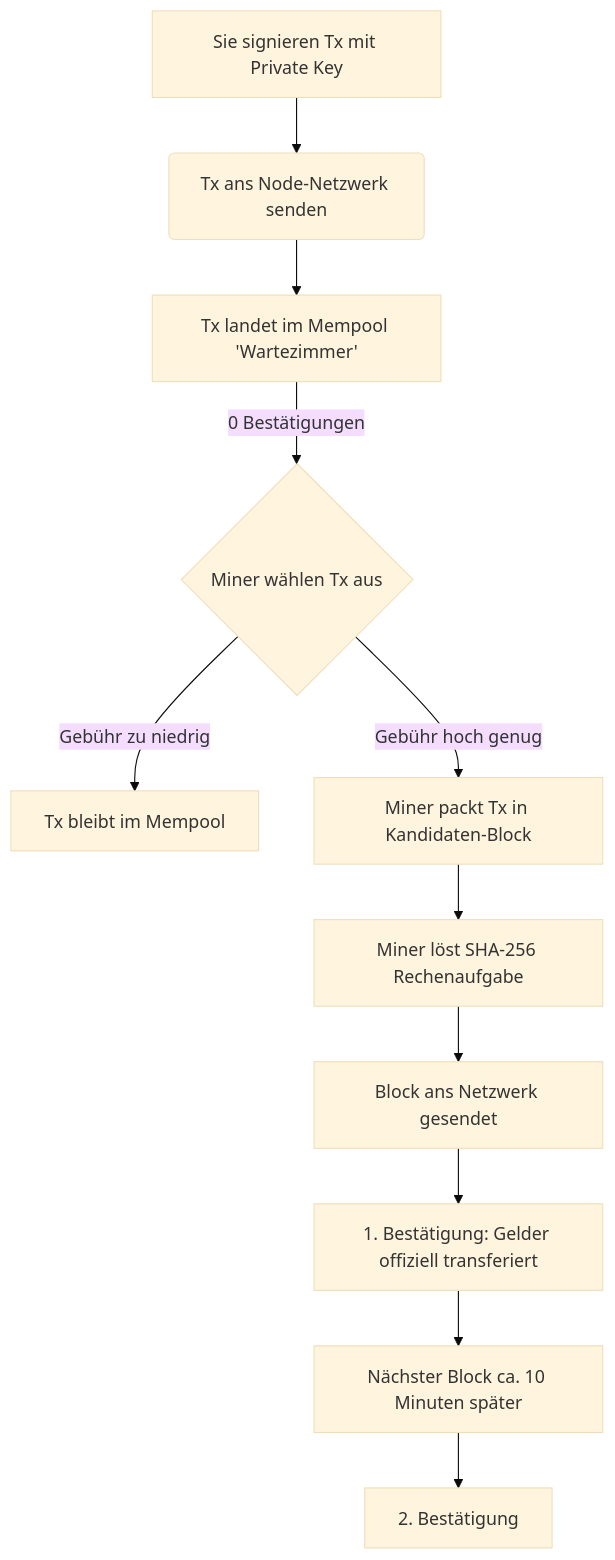
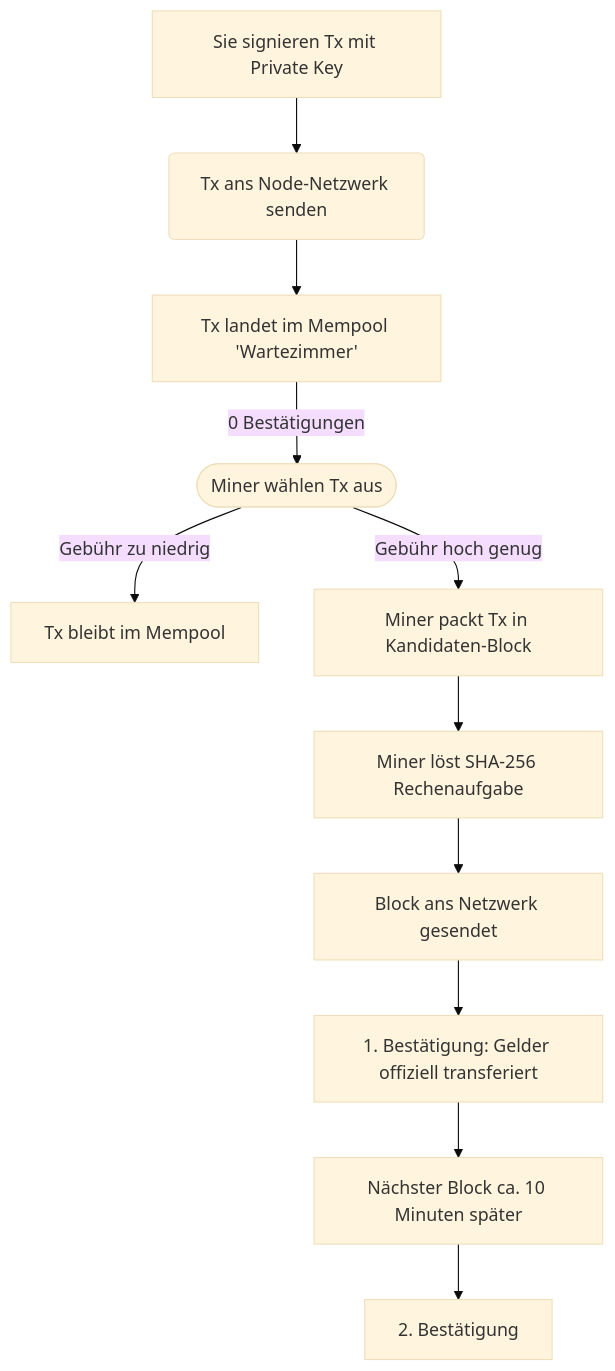
The diagram in src/content/blog/de/bitcoin-bestaetigungen.mdx (annabraun015-stack/krypto-watch), drawn with Mermaid (base theme) before and after one commit. The commit also changed other lines of this file and 53 other files, not shown here.

```diff
--- a/src/content/blog/de/bitcoin-bestaetigungen.mdx
+++ b/src/content/blog/de/bitcoin-bestaetigungen.mdx
@@ -67,13 +67,13 @@
 <div class="mermaid">
 graph TD
     A[Sie signieren Tx mit Private Key] --> B(Tx ans Node-Netzwerk senden)
     B --> C[Tx landet im Mempool 'Wartezimmer']
-    C --> |0 Bestätigungen| D{Miner wählen Tx aus}
+    C --> |0 Bestätigungen| D([Miner wählen Tx aus])
     D --> |Gebühr zu niedrig| E[Tx bleibt im Mempool]
     D --> |Gebühr hoch genug| F[Miner packt Tx in Kandidaten-Block]
     F --> G[Miner löst SHA-256 Rechenaufgabe]
     G --> H[Block ans Netzwerk gesendet]
     H --> I[1. Bestätigung: Gelder offiziell transferiert]
     I --> J[Nächster Block ca. 10 Minuten später]
     J --> K[2. Bestätigung]
 </div>
```
